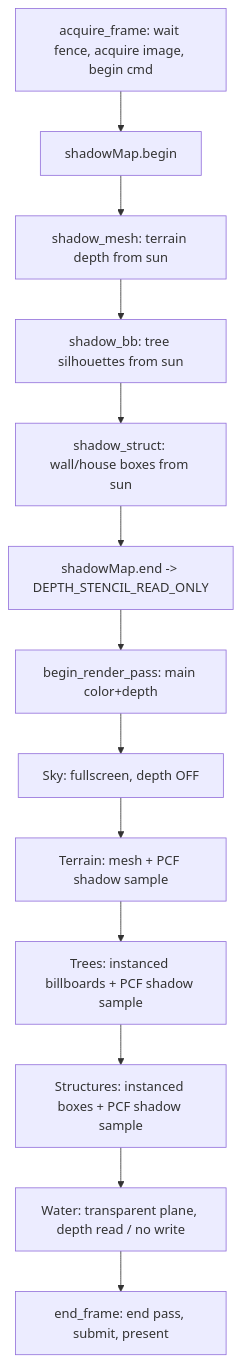
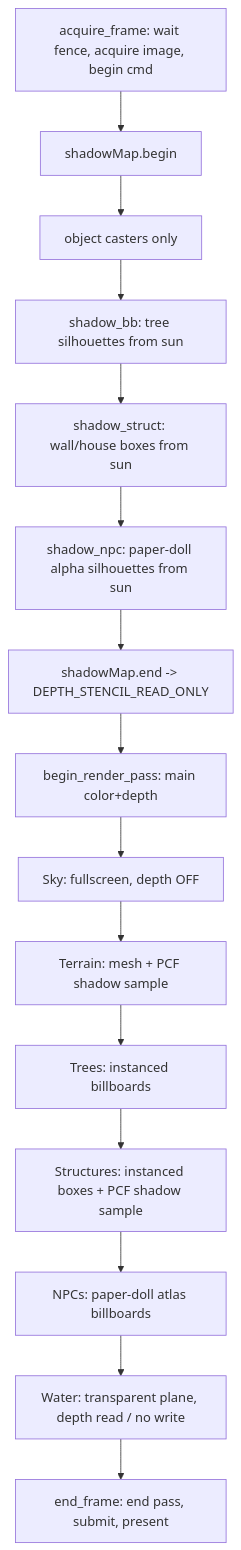
The diagram in timaert_c/render.md (Jirnyak/Timaert), drawn with Mermaid before and after one commit. The commit also changed other lines of this file and 22 other files, not shown here.

````diff
--- a/timaert_c/render.md
+++ b/timaert_c/render.md
@@ -27,15 +27,17 @@
 ```mermaid
 flowchart TD
     A[acquire_frame: wait fence, acquire image, begin cmd] --> B[shadowMap.begin]
-    B --> C[shadow_mesh: terrain depth from sun]
+    B --> C[object casters only]
     C --> D[shadow_bb: tree silhouettes from sun]
     D --> Ds[shadow_struct: wall/house boxes from sun]
-    Ds --> E[shadowMap.end -> DEPTH_STENCIL_READ_ONLY]
+    Ds --> Dn[shadow_npc: paper-doll alpha silhouettes from sun]
+    Dn --> E[shadowMap.end -> DEPTH_STENCIL_READ_ONLY]
     E --> F[begin_render_pass: main color+depth]
     F --> G[Sky: fullscreen, depth OFF]
     G --> H[Terrain: mesh + PCF shadow sample]
-    H --> I[Trees: instanced billboards + PCF shadow sample]
+    H --> I[Trees: instanced billboards]
     I --> Is[Structures: instanced boxes + PCF shadow sample]
-    Is --> J[Water: transparent plane, depth read / no write]
+    Is --> In[NPCs: paper-doll atlas billboards]
+    In --> J[Water: transparent plane, depth read / no write]
     J --> K[end_frame: end pass, submit, present]
 ```
````
